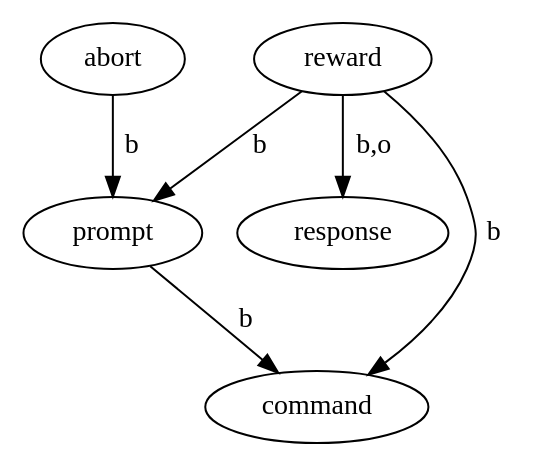
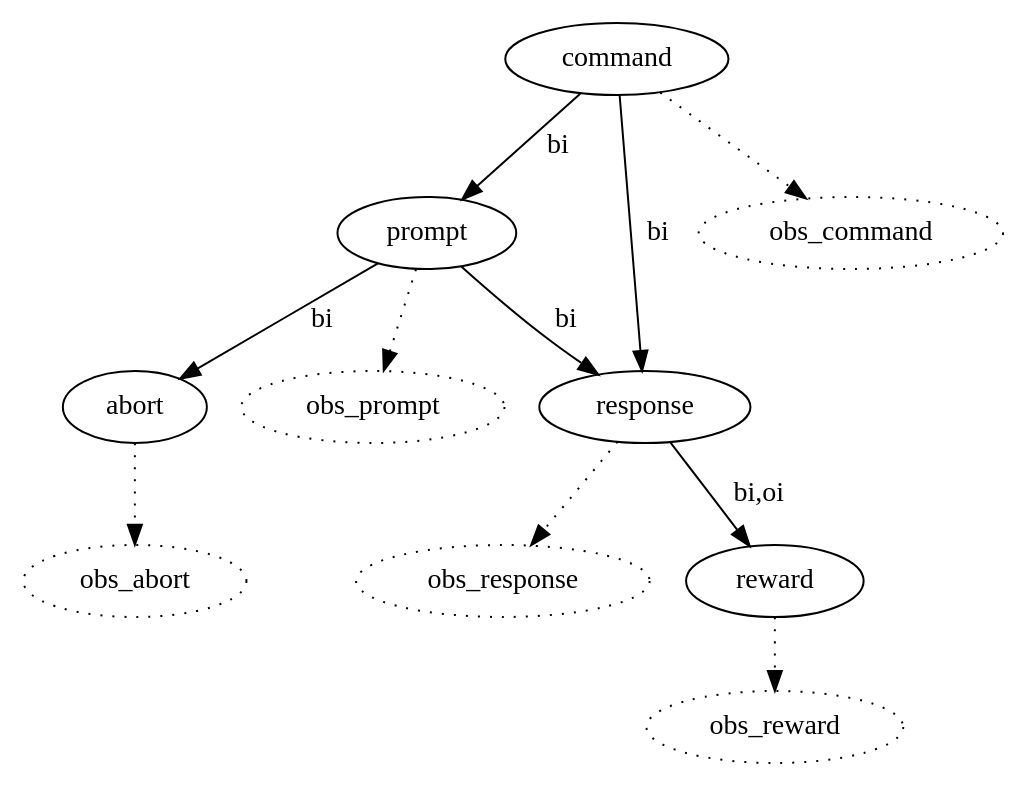
The diagram in output/itbn.dot (ercarpio/SG_DBN), drawn with Graphviz before and after one commit. The commit also changed 3 other files, not shown here.

```diff
--- a/output/itbn.dot
+++ b/output/itbn.dot
@@ -1,12 +1,22 @@
 strict digraph {
 command [weight=None]
 reward [weight=None]
 prompt [weight=None]
 response [weight=None]
 abort [weight=None]
-abort -> prompt [weight=None, label=" b "]
-prompt -> command [weight=None, label=" b "]
-reward -> prompt [weight=None, label=" b "]
-reward -> command [weight=None, label=" b "]
-reward -> response [weight=None, label=" b,o "]
+obs_reward [weight=None, style=dotted]
+obs_prompt [weight=None, style=dotted]
+obs_command [weight=None, style=dotted]
+obs_response [weight=None, style=dotted]
+obs_abort [weight=None, style=dotted]
+command -> prompt [weight=None, label=" bi "]
+prompt -> abort [weight=None, label=" bi "]
+prompt -> obs_prompt [weight=None, style=dotted]
+prompt -> response [weight=None, label=" bi "]
+abort -> obs_abort [weight=None, style=dotted]
+command -> response [weight=None, label=" bi "]
+command -> obs_command [weight=None, style=dotted]
+reward -> obs_reward [weight=None, style=dotted]
+response -> reward [weight=None, label=" bi,oi "]
+response -> obs_response [weight=None, style=dotted]
 }
```
